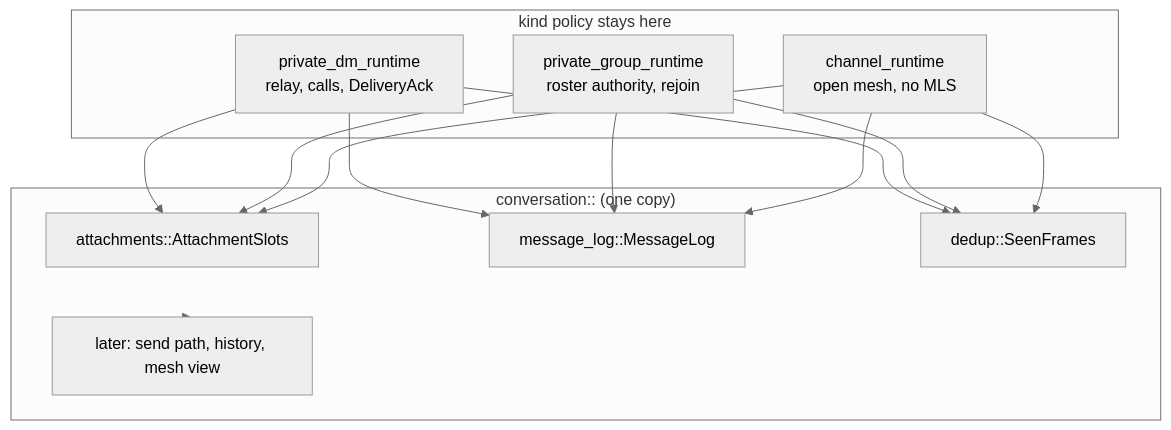
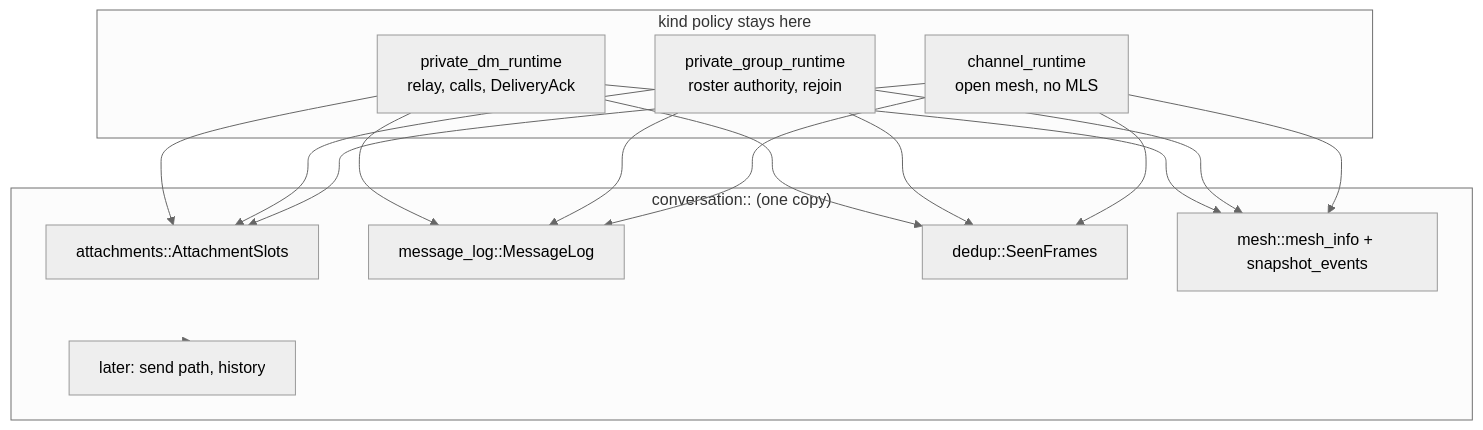
The first of 2 diagrams in docs/ADR/0019-shared-conversation-strata-in-the-core.md (redstone-md/mosh-flutter), drawn with Mermaid (neutral theme) before and after one commit. The commit also changed 6 other files, not shown here.

First line of the commit message:
refactor(core): one mesh and event view for all three conversations

````diff
--- a/docs/ADR/0019-shared-conversation-strata-in-the-core.md
+++ b/docs/ADR/0019-shared-conversation-strata-in-the-core.md
@@ -38,25 +38,29 @@
 ```mermaid
 flowchart TD
     subgraph kinds["kind policy stays here"]
         Dm["private_dm_runtime<br/>relay, calls, DeliveryAck"]
         Gr["private_group_runtime<br/>roster authority, rejoin"]
         Ch["channel_runtime<br/>open mesh, no MLS"]
     end
     subgraph shared["conversation:: (one copy)"]
         Slots["attachments::AttachmentSlots"]
         Log["message_log::MessageLog"]
         Seen["dedup::SeenFrames"]
-        Later["later: send path, history, mesh view"]
+        Mesh["mesh::mesh_info + snapshot_events"]
+        Later["later: send path, history"]
     end
 
     Dm --> Slots
     Dm --> Log
     Dm --> Seen
+    Dm --> Mesh
     Gr --> Slots
     Gr --> Log
     Gr --> Seen
+    Gr --> Mesh
     Ch --> Slots
     Ch --> Log
     Ch --> Seen
+    Ch --> Mesh
     shared -.-> Later
 ```
````
